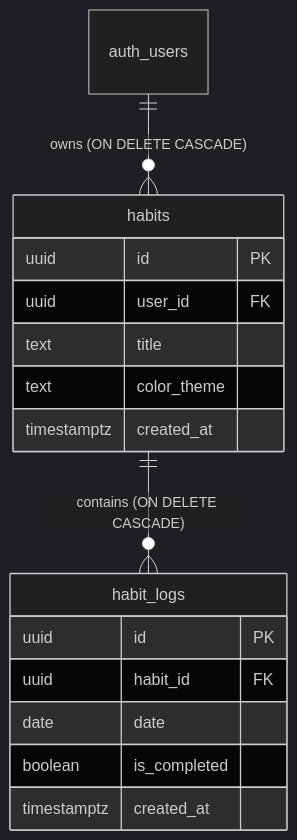
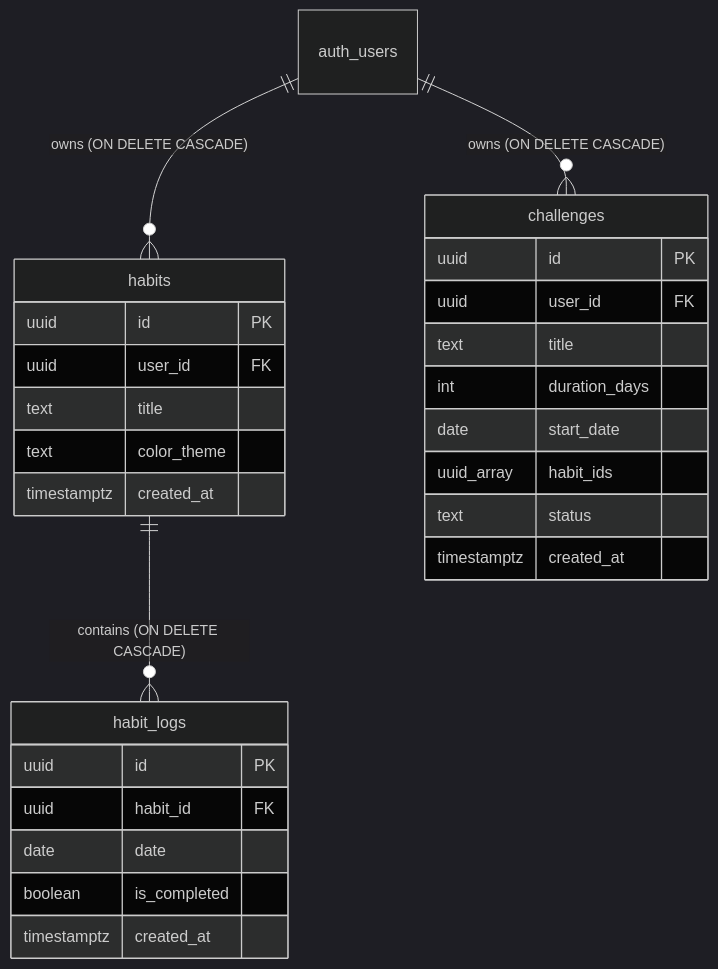
One commit to saarthvadalia26/Habit-Tracker changed the diagram in README.md. Above: the diagram before and after it, drawn with Mermaid (dark theme). The commit also changed other lines of this file and 9 other files, not shown here.

````diff
--- a/README.md
+++ b/README.md
@@ -52,21 +63,33 @@
 ```mermaid
 erDiagram
     auth_users ||--o{ habits : "owns (ON DELETE CASCADE)"
     habits ||--o{ habit_logs : "contains (ON DELETE CASCADE)"
+    auth_users ||--o{ challenges : "owns (ON DELETE CASCADE)"
 
     habits {
         uuid id PK
         uuid user_id FK
         text title
         text color_theme
         timestamptz created_at
     }
 
     habit_logs {
         uuid id PK
         uuid habit_id FK
         date date
         boolean is_completed
         timestamptz created_at
     }
+
+    challenges {
+        uuid id PK
+        uuid user_id FK
+        text title
+        int duration_days
+        date start_date
+        uuid_array habit_ids
+        text status
+        timestamptz created_at
+    }
 ```
````
